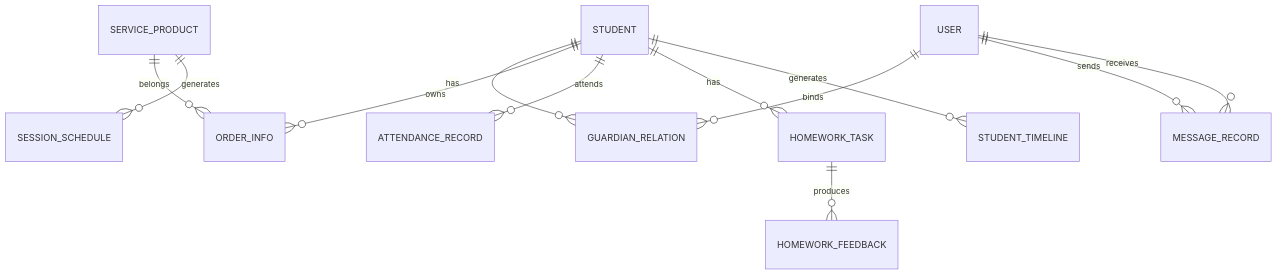
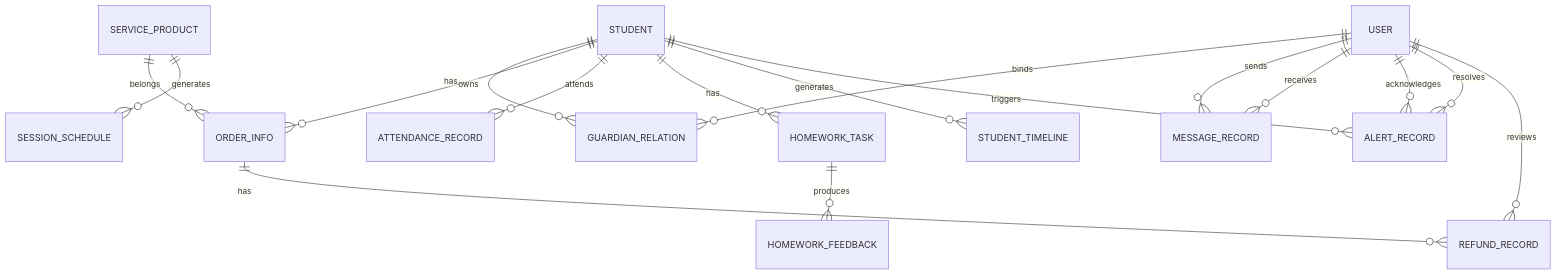
Before and after one commit to 2951461586/SmartGuardian: the third of 6 diagrams in docs/04-图册与可视化/Mermaid图册.md, drawn with Mermaid. The commit also changed other lines of this file and 60 other files, not shown here.

````diff
--- a/docs/04-图册与可视化/Mermaid图册.md
+++ b/docs/04-图册与可视化/Mermaid图册.md
@@ -46,14 +46,19 @@
 ```mermaid
 erDiagram
 USER ||--o{ GUARDIAN_RELATION : binds
 STUDENT ||--o{ GUARDIAN_RELATION : has
 STUDENT ||--o{ ORDER_INFO : owns
 SERVICE_PRODUCT ||--o{ ORDER_INFO : belongs
 SERVICE_PRODUCT ||--o{ SESSION_SCHEDULE : generates
 STUDENT ||--o{ ATTENDANCE_RECORD : attends
 STUDENT ||--o{ HOMEWORK_TASK : has
 HOMEWORK_TASK ||--o{ HOMEWORK_FEEDBACK : produces
 USER ||--o{ MESSAGE_RECORD : sends
 USER ||--o{ MESSAGE_RECORD : receives
 STUDENT ||--o{ STUDENT_TIMELINE : generates
+STUDENT ||--o{ ALERT_RECORD : triggers
+USER ||--o{ ALERT_RECORD : acknowledges
+USER ||--o{ ALERT_RECORD : resolves
+ORDER_INFO ||--o{ REFUND_RECORD : has
+USER ||--o{ REFUND_RECORD : reviews
 ```
````
